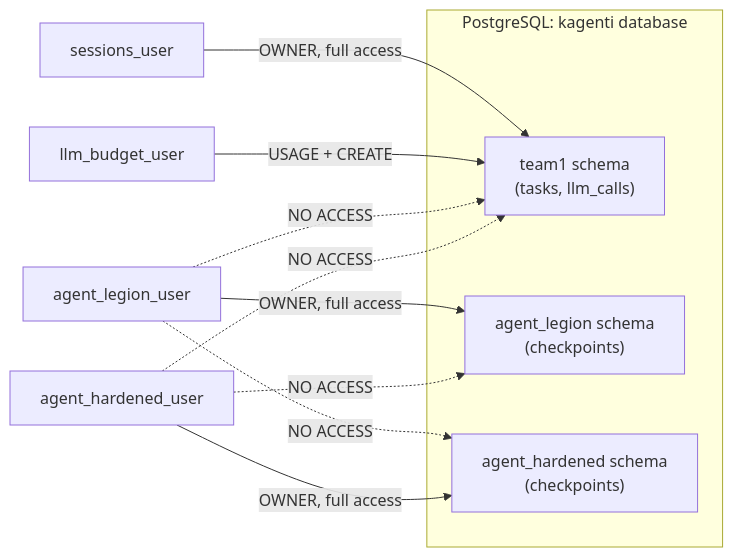
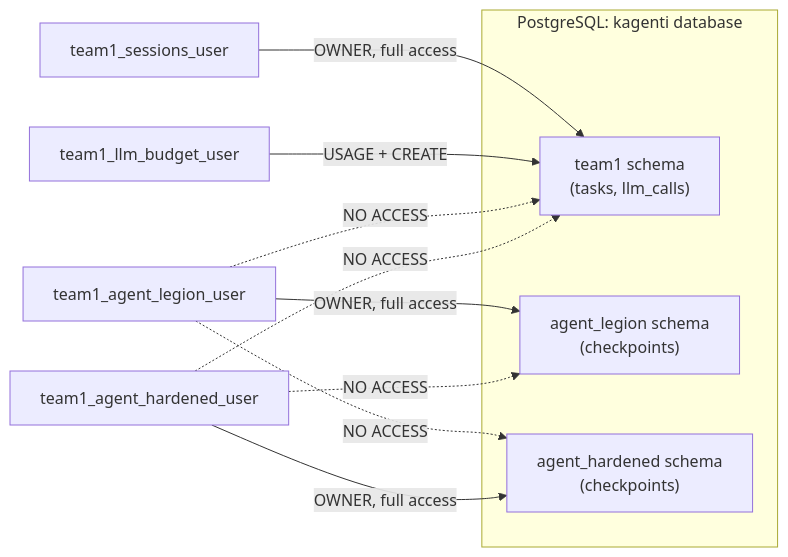
One commit to kagenti/kagenti changed the sixth of 6 diagrams in docs/plans/2026-03-12-db-multi-tenancy-design.md. Above: the diagram before and after it, drawn with Mermaid. The commit also changed other lines of this file, not shown here.

First line of the commit message:
docs: prefix DB users/schemas with namespace for collision avoidance

````diff
--- a/docs/plans/2026-03-12-db-multi-tenancy-design.md
+++ b/docs/plans/2026-03-12-db-multi-tenancy-design.md
@@ -178,17 +178,17 @@
 ```mermaid
 graph LR
     subgraph "PostgreSQL: kagenti database"
         T1["team1 schema<br/>(tasks, llm_calls)"]
         AL["agent_legion schema<br/>(checkpoints)"]
         AH["agent_hardened schema<br/>(checkpoints)"]
     end
 
-    SU[sessions_user] -->|"OWNER, full access"| T1
-    LBU[llm_budget_user] -->|"USAGE + CREATE"| T1
-    ALU[agent_legion_user] -->|"OWNER, full access"| AL
+    SU[team1_sessions_user] -->|"OWNER, full access"| T1
+    LBU[team1_llm_budget_user] -->|"USAGE + CREATE"| T1
+    ALU[team1_agent_legion_user] -->|"OWNER, full access"| AL
     ALU -.->|"NO ACCESS"| T1
     ALU -.->|"NO ACCESS"| AH
-    AHU[agent_hardened_user] -->|"OWNER, full access"| AH
+    AHU[team1_agent_hardened_user] -->|"OWNER, full access"| AH
     AHU -.->|"NO ACCESS"| T1
     AHU -.->|"NO ACCESS"| AL
 ```
````
